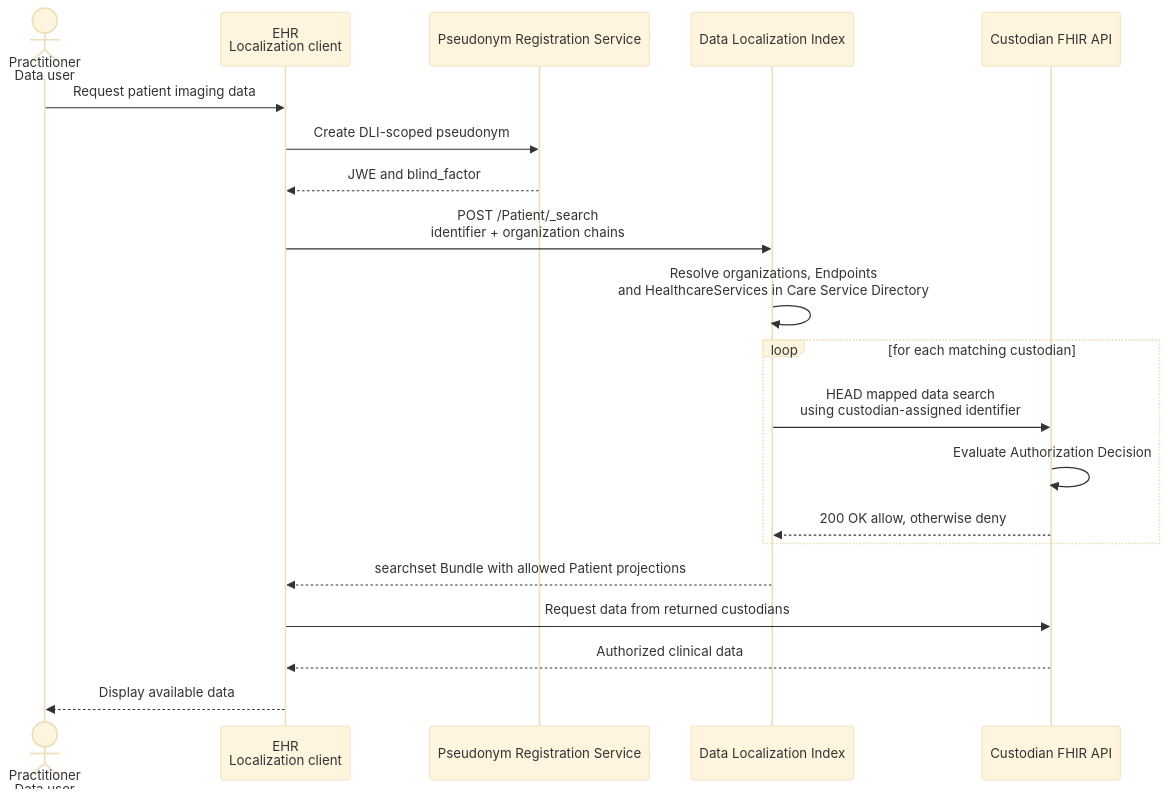
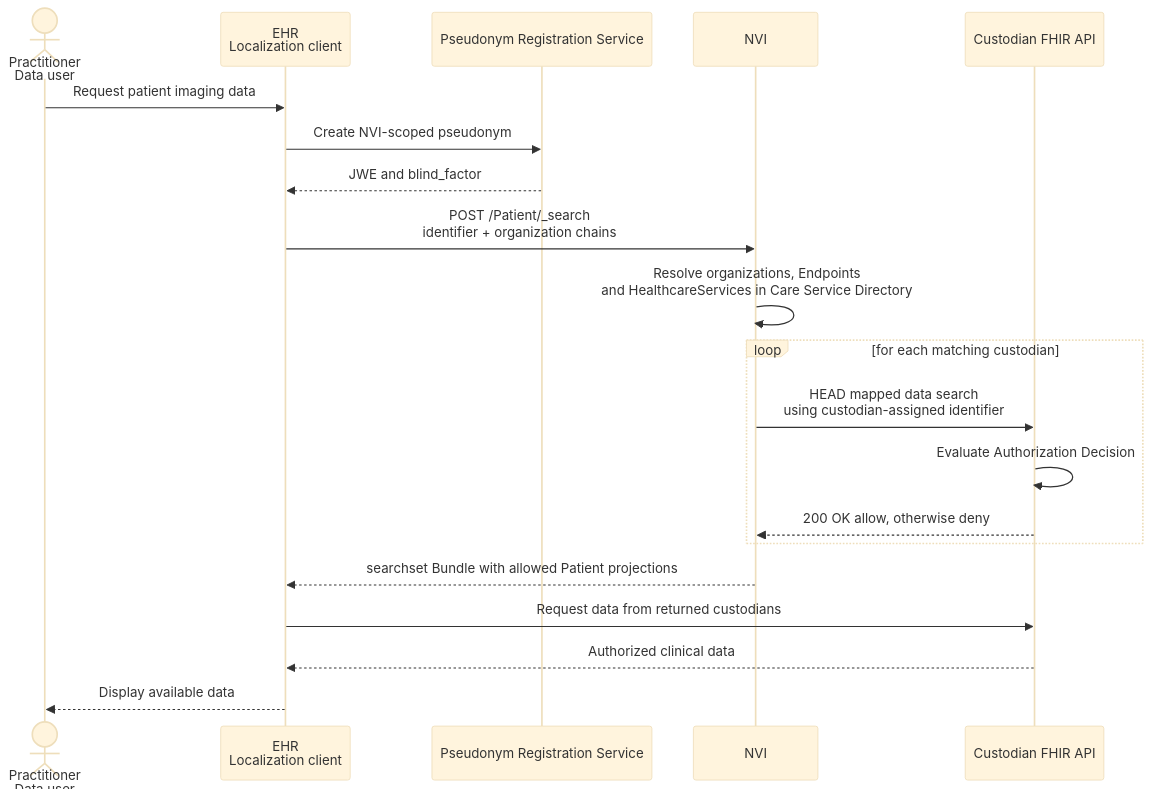
Before and after one commit to minvws/generiekefuncties-docs: the second of 2 diagrams in input/pagecontent/localization.md, drawn with Mermaid (base theme). The commit also changed other lines of this file and 4 other files, not shown here.

````diff
--- a/input/pagecontent/localization.md
+++ b/input/pagecontent/localization.md
@@ -268,23 +268,23 @@
 ```mermaid
 sequenceDiagram
     actor doctor as Practitioner<br/>Data user
     participant ehr as EHR<br/>Localization client
     participant prs as Pseudonym Registration Service
-    participant dli as Data Localization Index
+    participant nvi as NVI
     participant holder as Custodian FHIR API
 
     doctor->>ehr: Request patient imaging data
-    ehr->>prs: Create DLI-scoped pseudonym
+    ehr->>prs: Create NVI-scoped pseudonym
     prs-->>ehr: JWE and blind_factor
-    ehr->>dli: POST /Patient/_search<br/>identifier + organization chains
-    dli->>dli: Resolve organizations, Endpoints<br/>and HealthcareServices in Care Service Directory
+    ehr->>nvi: POST /Patient/_search<br/>identifier + organization chains
+    nvi->>nvi: Resolve organizations, Endpoints<br/>and HealthcareServices in Care Service Directory
     loop for each matching custodian
-        dli->>holder: HEAD mapped data search<br/>using custodian-assigned identifier
+        nvi->>holder: HEAD mapped data search<br/>using custodian-assigned identifier
         holder->>holder: Evaluate Authorization Decision
-        holder-->>dli: 200 OK allow, otherwise deny
+        holder-->>nvi: 200 OK allow, otherwise deny
     end
-    dli-->>ehr: searchset Bundle with allowed Patient projections
+    nvi-->>ehr: searchset Bundle with allowed Patient projections
     ehr->>holder: Request data from returned custodians
     holder-->>ehr: Authorized clinical data
     ehr-->>doctor: Display available data
 ```
````
